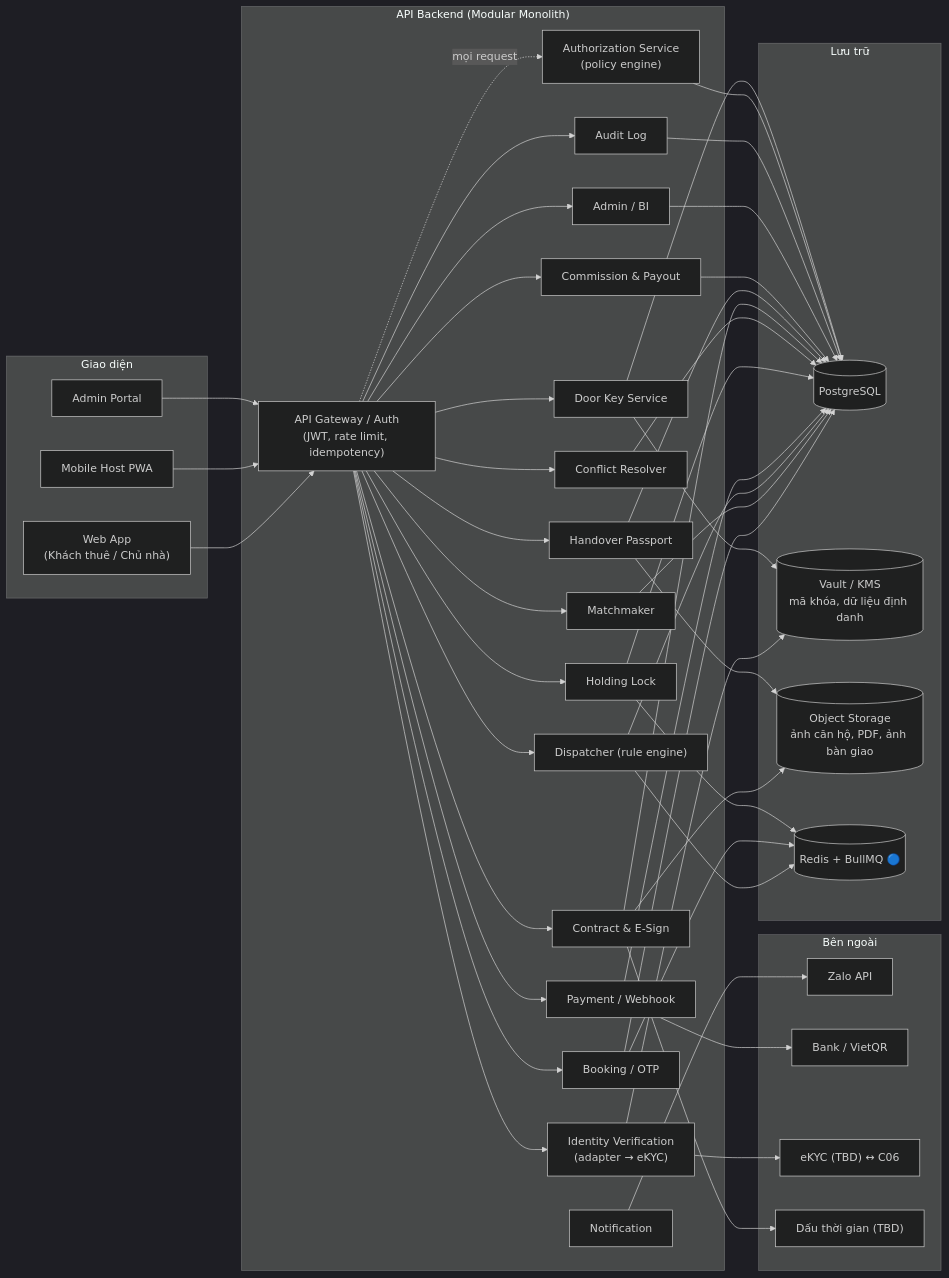
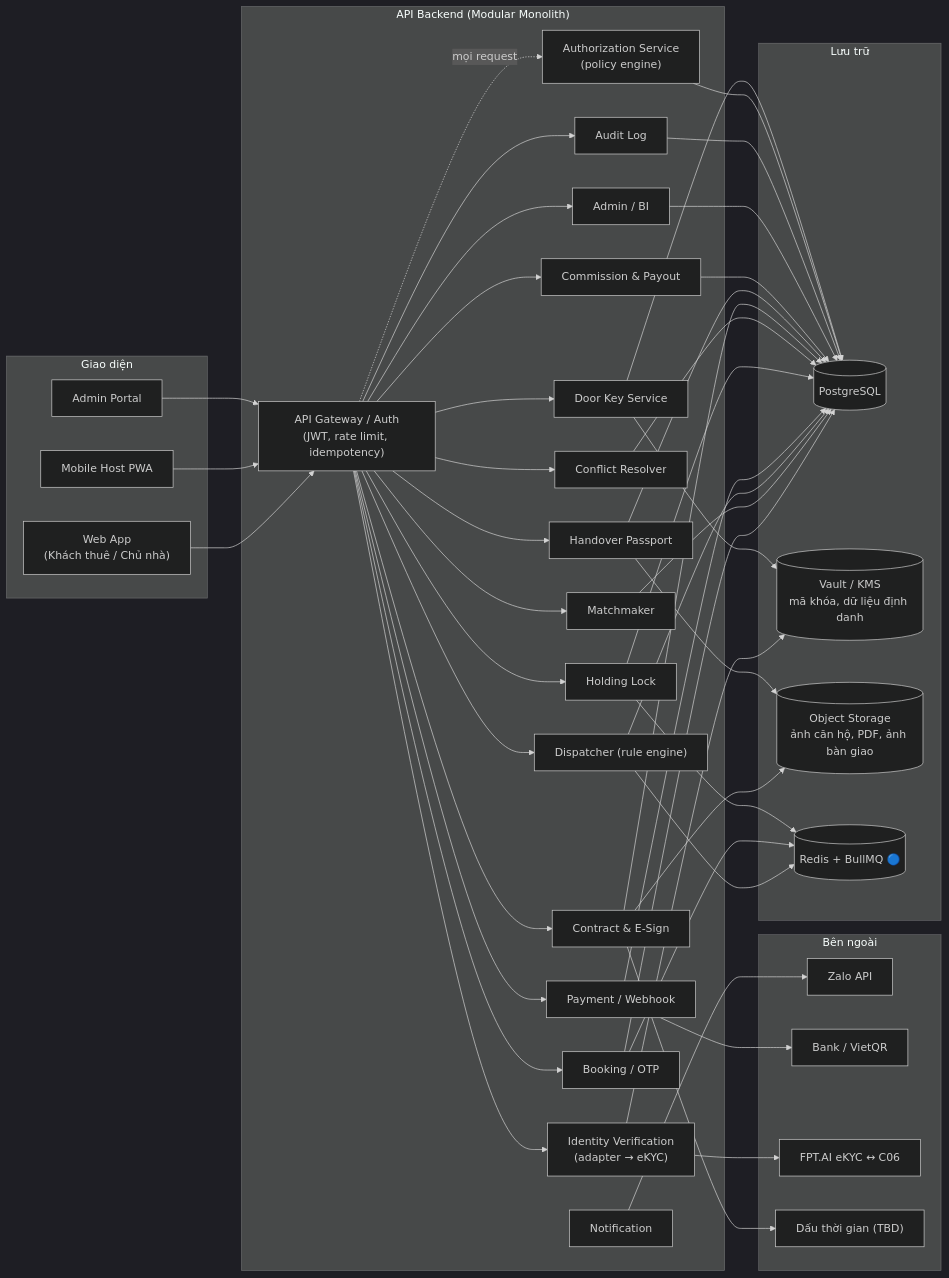
Before and after one commit to nan-bi/AI20K-Build-Phase-Cohort-4-P-010: the third of 12 diagrams in docs/SAD_v2.md, drawn with Mermaid (dark theme). The commit also changed other lines of this file and 3 other files, not shown here.

Commit message:
feat(ekyc): chuẩn hóa FPT.AI eKYC, Face Liveness và cơ chế Zero-Storage cho toàn hệ thống

````diff
--- a/docs/SAD_v2.md
+++ b/docs/SAD_v2.md
@@ -201,56 +201,56 @@
 ```mermaid
 flowchart LR
     subgraph Clients["Giao diện"]
         WebApp["Web App<br>(Khách thuê / Chủ nhà)"]
         HostApp["Mobile Host PWA"]
         AdminPortal["Admin Portal"]
     end
 
     subgraph API["API Backend (Modular Monolith)"]
         GW["API Gateway / Auth<br>(JWT, rate limit, idempotency)"]
         AuthZ["Authorization Service<br>(policy engine)"]
         Matchmaker["Matchmaker"]
         Booking["Booking / OTP"]
         Dispatcher["Dispatcher (rule engine)"]
         Payment["Payment / Webhook"]
         HoldLock["Holding Lock"]
         Conflict["Conflict Resolver"]
         IdentitySvc["Identity Verification<br>(adapter → eKYC)"]
         KeySvc["Door Key Service"]
         Contract["Contract & E-Sign"]
         Handover["Handover Passport"]
         Commission["Commission & Payout"]
         Notify["Notification"]
         BI["Admin / BI"]
         Audit["Audit Log"]
     end
 
     subgraph Data["Lưu trữ"]
         DB[("PostgreSQL")]
         Vault[("Vault / KMS<br>mã khóa, dữ liệu định danh")]
         ObjectStore[("Object Storage<br>ảnh căn hộ, PDF, ảnh bàn giao")]
         Queue[("Redis + BullMQ 🔵")]
     end
 
     subgraph Ext["Bên ngoài"]
         Zalo2["Zalo API"]
         BankAPI["Bank / VietQR"]
-        eKYCProvider["eKYC (TBD) ↔ C06"]
+        eKYCProvider["FPT.AI eKYC ↔ C06"]
         TSA2["Dấu thời gian (TBD)"]
     end
 
     WebApp & HostApp & AdminPortal --> GW
     GW -.mọi request.-> AuthZ
     GW --> Matchmaker & Booking & Dispatcher & Payment & HoldLock & Conflict & IdentitySvc & KeySvc & Contract & Handover & Commission & BI
     GW --> Audit
     Booking & Matchmaker & Dispatcher & Payment & HoldLock & Conflict & Contract & Handover & Commission & BI & Audit & AuthZ --> DB
     Payment --> BankAPI
     IdentitySvc --> eKYCProvider
     IdentitySvc --> Vault
     KeySvc --> Vault
     KeySvc --> DB
     Notify --> Zalo2
     Contract --> TSA2
     Contract & Handover --> ObjectStore
     Dispatcher & Booking & HoldLock --> Queue
 ```
````
